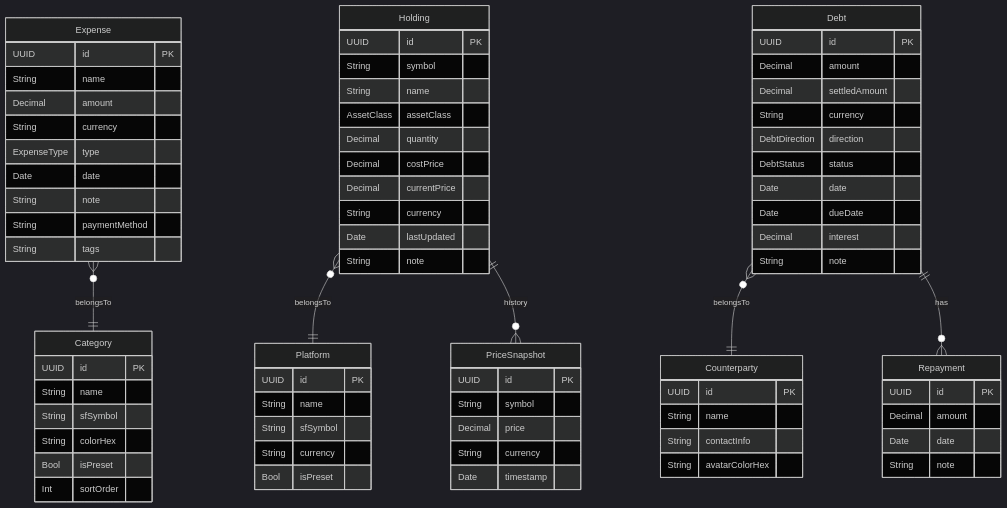
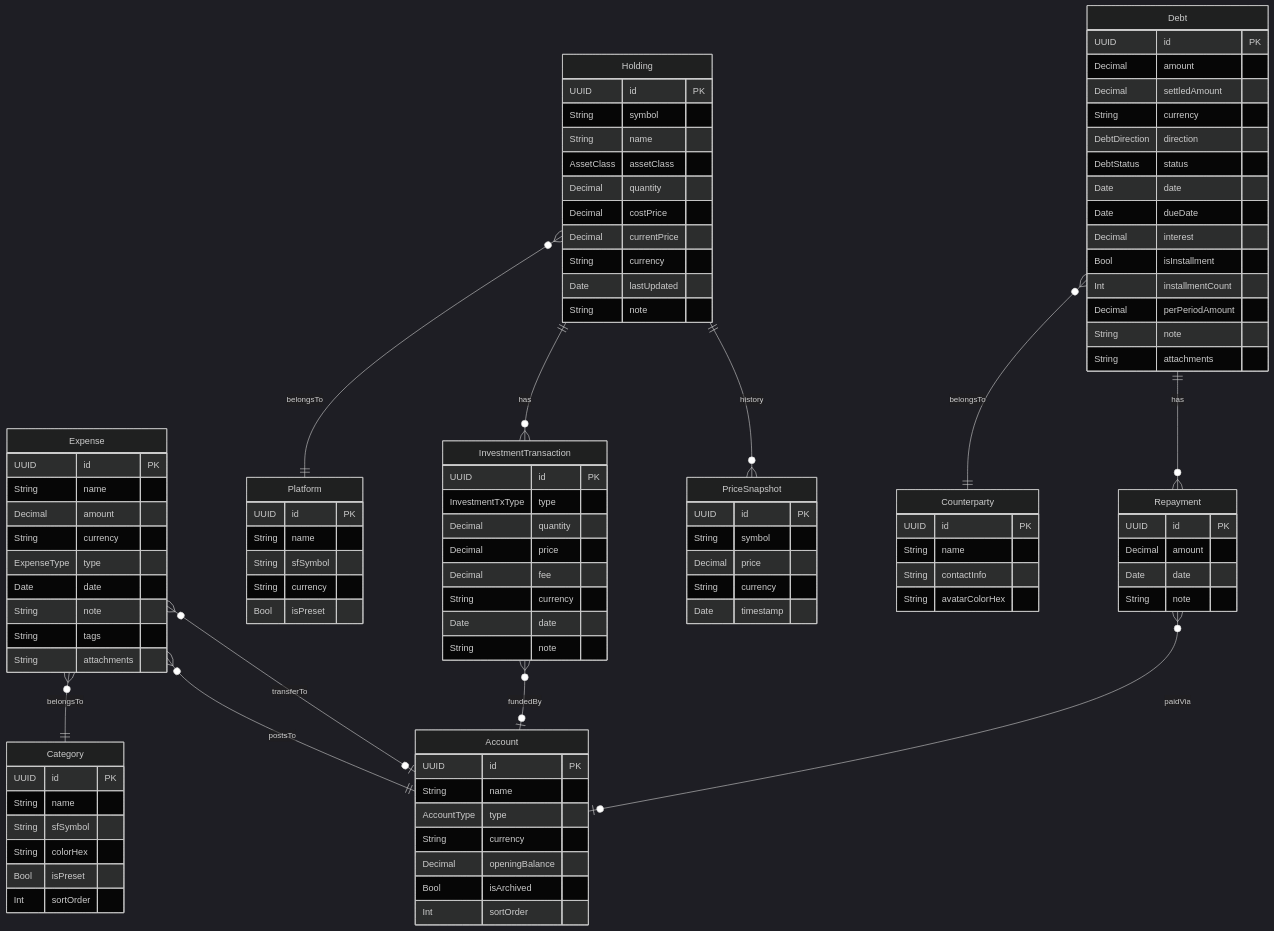
One commit to ZihaoGaoo/tally changed the diagram in docs/data-model.md. Above: the diagram before and after it, drawn with Mermaid (dark theme). The commit also changed other lines of this file and 4 other files, not shown here.

````diff
--- a/docs/data-model.md
+++ b/docs/data-model.md
@@ -10,5 +10,14 @@
 ```mermaid
 erDiagram
+    Account {
+        UUID id PK
+        String name
+        AccountType type
+        String currency
+        Decimal openingBalance
+        Bool isArchived
+        Int sortOrder
+    }
     Expense {
         UUID id PK
         String name
@@ -17,8 +26,8 @@
         ExpenseType type
         Date date
         String note
-        String paymentMethod
         String tags
+        String attachments
     }
     Category {
         UUID id PK
@@ -40,6 +49,16 @@
         Date lastUpdated
         String note
     }
+    InvestmentTransaction {
+        UUID id PK
+        InvestmentTxType type
+        Decimal quantity
+        Decimal price
+        Decimal fee
+        String currency
+        Date date
+        String note
+    }
     Platform {
         UUID id PK
         String name
@@ -57,7 +76,11 @@
         Date date
         Date dueDate
         Decimal interest
+        Bool isInstallment
+        Int installmentCount
+        Decimal perPeriodAmount
         String note
+        String attachments
     }
     Counterparty {
         UUID id PK
@@ -80,8 +103,13 @@
     }
 
     Expense }o--|| Category : "belongsTo"
+    Expense }o--|| Account : "postsTo"
+    Expense }o--o| Account : "transferTo"
     Holding }o--|| Platform : "belongsTo"
+    Holding ||--o{ InvestmentTransaction : "has"
+    InvestmentTransaction }o--o| Account : "fundedBy"
     Debt }o--|| Counterparty : "belongsTo"
     Debt ||--o{ Repayment : "has"
+    Repayment }o--o| Account : "paidVia"
     Holding ||--o{ PriceSnapshot : "history"
 ```
````
